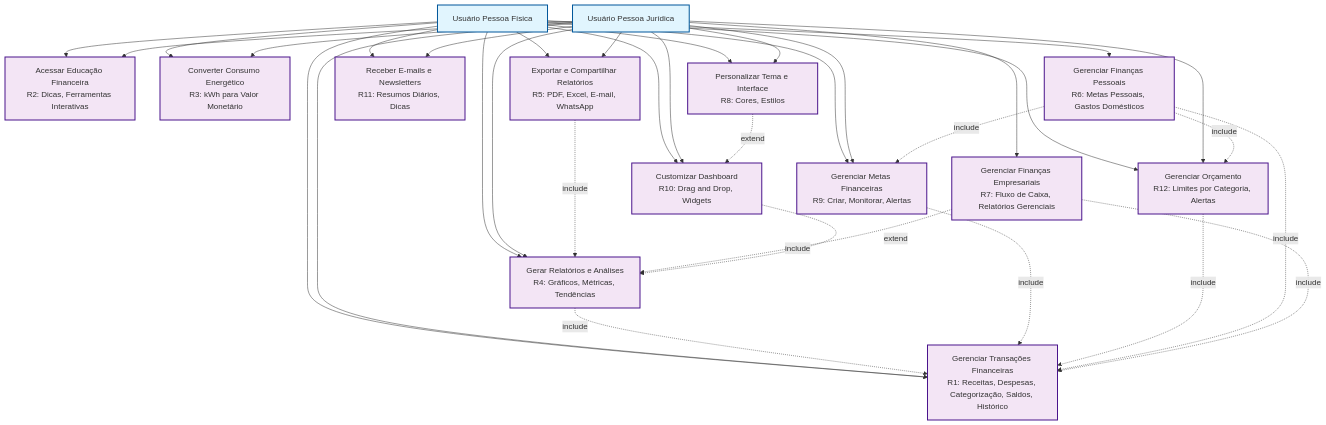
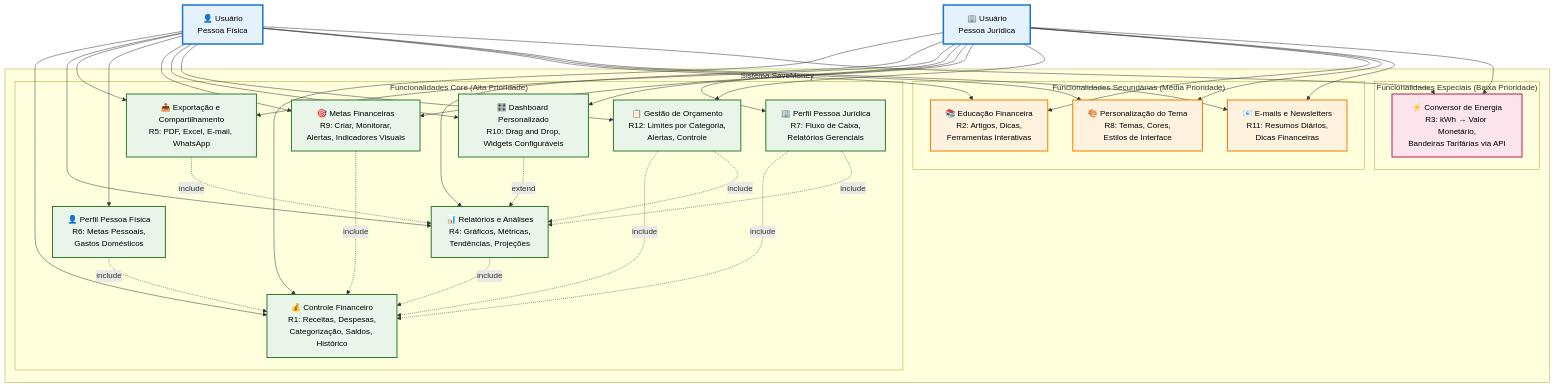
Before and after one commit to ICEI-PUC-Minas-PMV-ADS/pmv-ads-2025-2-e2-proj-int-t9-savemoney: the diagram in docs/02-Especificação do Projeto.md, drawn with Mermaid.

Commit message:
funcionalidades em categorias de prioridade e melhorias visuais nos atores e casos de uso.

````diff
--- a/docs/02-Especificação do Projeto.md
+++ b/docs/02-Especificação do Projeto.md
@@ -74,66 +74,85 @@
 ```mermaid
 graph TD
     %% Atores
-    PF[Usuário Pessoa Física]
-    PJ[Usuário Pessoa Jurídica]
+    PF[👤 Usuário<br/>Pessoa Física]
+    PJ[🏢 Usuário<br/>Pessoa Jurídica]
     
-    %% Casos de Uso
-    UC1[Gerenciar Transações Financeiras<br/>R1: Receitas, Despesas, Categorização, Saldos, Histórico]
-    UC2[Acessar Educação Financeira<br/>R2: Dicas, Ferramentas Interativas]
-    UC3[Converter Consumo Energético<br/>R3: kWh para Valor Monetário]
-    UC4[Gerar Relatórios e Análises<br/>R4: Gráficos, Métricas, Tendências]
-    UC5[Exportar e Compartilhar Relatórios<br/>R5: PDF, Excel, E-mail, WhatsApp]
-    UC6[Personalizar Tema e Interface<br/>R8: Cores, Estilos]
-    UC7[Gerenciar Metas Financeiras<br/>R9: Criar, Monitorar, Alertas]
-    UC8[Customizar Dashboard<br/>R10: Drag and Drop, Widgets]
-    UC9[Receber E-mails e Newsletters<br/>R11: Resumos Diários, Dicas]
-    UC10[Gerenciar Orçamento<br/>R12: Limites por Categoria, Alertas]
-    UC11[Gerenciar Finanças Pessoais<br/>R6: Metas Pessoais, Gastos Domésticos]
-    UC12[Gerenciar Finanças Empresariais<br/>R7: Fluxo de Caixa, Relatórios Gerenciais]
+    %% Sistema
+    subgraph "Sistema SaveMoney"
+        %% Funcionalidades Core - Alta Prioridade
+        subgraph "Funcionalidades Core (Alta Prioridade)"
+            UC1[💰 Controle Financeiro<br/>R1: Receitas, Despesas,<br/>Categorização, Saldos, Histórico]
+            UC4[📊 Relatórios e Análises<br/>R4: Gráficos, Métricas,<br/>Tendências, Projeções]
+            UC5[📤 Exportação e Compartilhamento<br/>R5: PDF, Excel, E-mail, WhatsApp]
+            UC6[👤 Perfil Pessoa Física<br/>R6: Metas Pessoais,<br/>Gastos Domésticos]
+            UC7[🏢 Perfil Pessoa Jurídica<br/>R7: Fluxo de Caixa,<br/>Relatórios Gerenciais]
+            UC9[🎯 Metas Financeiras<br/>R9: Criar, Monitorar,<br/>Alertas, Indicadores Visuais]
+            UC10[🎛️ Dashboard Personalizado<br/>R10: Drag and Drop,<br/>Widgets Configuráveis]
+            UC12[📋 Gestão de Orçamento<br/>R12: Limites por Categoria,<br/>Alertas, Controle]
+        end
+        
+        %% Funcionalidades Secundárias - Média Prioridade
+        subgraph "Funcionalidades Secundárias (Média Prioridade)"
+            UC2[📚 Educação Financeira<br/>R2: Artigos, Dicas,<br/>Ferramentas Interativas]
+            UC8[🎨 Personalização do Tema<br/>R8: Temas, Cores,<br/>Estilos de Interface]
+            UC11[📧 E-mails e Newsletters<br/>R11: Resumos Diários,<br/>Dicas Financeiras]
+        end
+        
+        %% Funcionalidades Especiais - Baixa Prioridade
+        subgraph "Funcionalidades Especiais (Baixa Prioridade)"
+            UC3[⚡ Conversor de Energia<br/>R3: kWh → Valor Monetário,<br/>Bandeiras Tarifárias via API]
+        end
+    end
     
-    %% Relacionamentos dos Atores
+    %% Relacionamentos dos Atores com Funcionalidades Core
     PF --> UC1
-    PF --> UC2
-    PF --> UC3
     PF --> UC4
     PF --> UC5
     PF --> UC6
-    PF --> UC7
-    PF --> UC8
     PF --> UC9
     PF --> UC10
-    PF --> UC11
+    PF --> UC12
     
     PJ --> UC1
-    PJ --> UC2
-    PJ --> UC3
     PJ --> UC4
     PJ --> UC5
-    PJ --> UC6
     PJ --> UC7
-    PJ --> UC8
     PJ --> UC9
     PJ --> UC10
     PJ --> UC12
     
+    %% Relacionamentos dos Atores com Funcionalidades Secundárias
+    PF --> UC2
+    PF --> UC8
+    PF --> UC11
+    
+    PJ --> UC2
+    PJ --> UC8
+    PJ --> UC11
+    
+    %% Relacionamentos dos Atores com Funcionalidades Especiais
+    PF --> UC3
+    PJ --> UC3
+    
     %% Dependências entre Casos de Uso
     UC4 -.->|include| UC1
     UC5 -.->|include| UC4
+    UC6 -.->|include| UC1
     UC7 -.->|include| UC1
-    UC10 -.->|include| UC1
-    UC11 -.->|include| UC7
-    UC11 -.->|include| UC10
-    UC11 -.->|include| UC1
+    UC7 -.->|include| UC4
+    UC9 -.->|include| UC1
+    UC10 -.->|extend| UC4
     UC12 -.->|include| UC1
     UC12 -.->|include| UC4
-    UC8 -.->|extend| UC4
-    UC6 -.->|extend| UC8
     
-    %% Estilo
-    classDef actor fill:#e1f5fe,stroke:#01579b,stroke-width:2px
-    classDef usecase fill:#f3e5f5,stroke:#4a148c,stroke-width:2px
-    classDef relationship fill:#fff3e0,stroke:#e65100,stroke-width:1px
+    %% Estilos
+    classDef actor fill:#e3f2fd,stroke:#1976d2,stroke-width:3px,color:#000
+    classDef core fill:#e8f5e8,stroke:#2e7d32,stroke-width:2px,color:#000
+    classDef secondary fill:#fff3e0,stroke:#f57c00,stroke-width:2px,color:#000
+    classDef special fill:#fce4ec,stroke:#c2185b,stroke-width:2px,color:#000
     
     class PF,PJ actor
-    class UC1,UC2,UC3,UC4,UC5,UC6,UC7,UC8,UC9,UC10,UC11,UC12 usecase
+    class UC1,UC4,UC5,UC6,UC7,UC9,UC10,UC12 core
+    class UC2,UC8,UC11 secondary
+    class UC3 special
 ```
````
